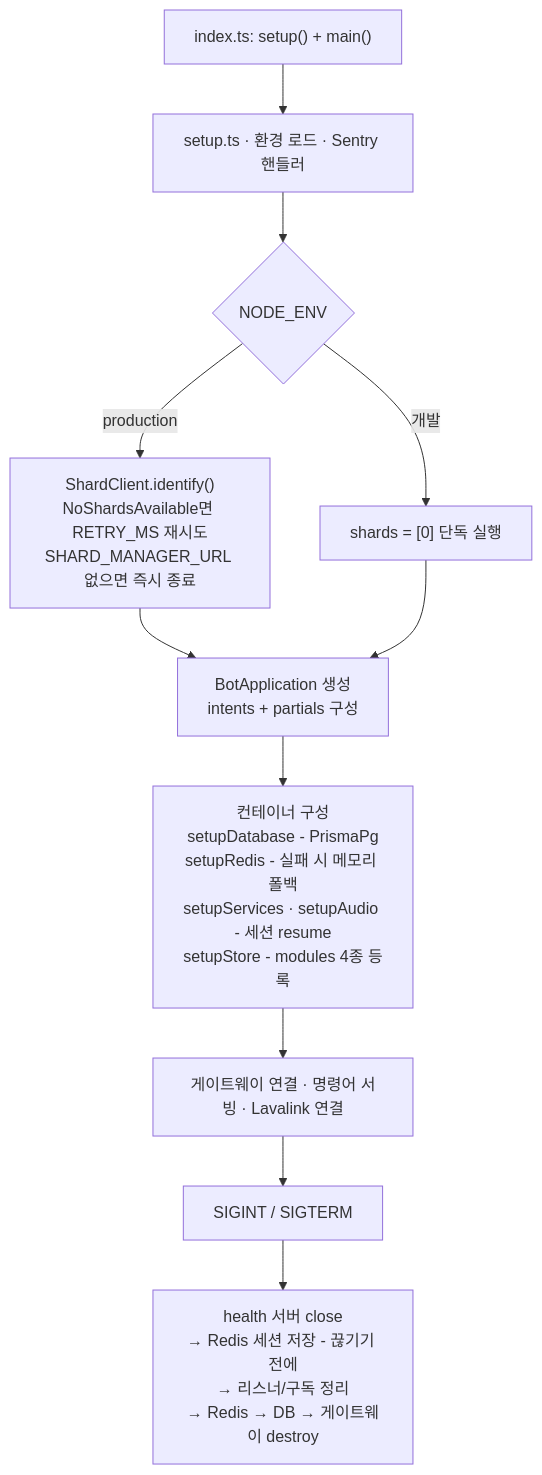
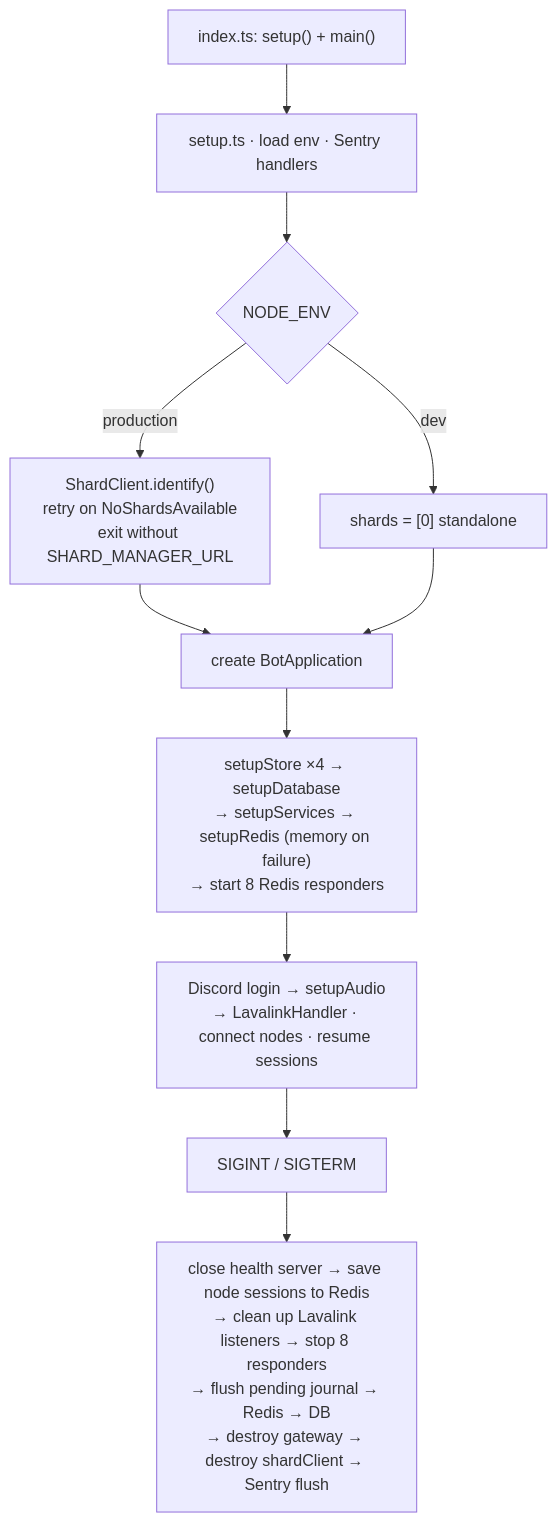
One commit to mochilabs/SiruBOT changed the tenth of 10 diagrams in docs/architecture.md. Above: the diagram before and after it, drawn with Mermaid. The commit also changed other lines of this file and 63 other files, not shown here.

````diff
--- a/docs/architecture.md
+++ b/docs/architecture.md
@@ -404,13 +450,13 @@
 ```mermaid
 flowchart TD
-    A["index.ts: setup() + main()"] --> B["setup.ts · 환경 로드 · Sentry 핸들러"]
+    A["index.ts: setup() + main()"] --> B["setup.ts · load env · Sentry handlers"]
     B --> C{"NODE_ENV"}
-    C -->|production| D["ShardClient.identify()<br/>NoShardsAvailable면 RETRY_MS 재시도<br/>SHARD_MANAGER_URL 없으면 즉시 종료"]
-    C -->|개발| E["shards = [0] 단독 실행"]
-    D --> F["BotApplication 생성<br/>intents + partials 구성"]
+    C -->|production| D["ShardClient.identify()<br/>retry on NoShardsAvailable<br/>exit without SHARD_MANAGER_URL"]
+    C -->|dev| E["shards = [0] standalone"]
+    D --> F["create BotApplication"]
     E --> F
-    F --> G["컨테이너 구성<br/>setupDatabase - PrismaPg<br/>setupRedis - 실패 시 메모리 폴백<br/>setupServices · setupAudio - 세션 resume<br/>setupStore - modules 4종 등록"]
-    G --> H["게이트웨이 연결 · 명령어 서빙 · Lavalink 연결"]
+    F --> G["setupStore ×4 → setupDatabase<br/>→ setupServices → setupRedis (memory on failure)<br/>→ start 8 Redis responders"]
+    G --> H["Discord login → setupAudio<br/>→ LavalinkHandler · connect nodes · resume sessions"]
     H --> I["SIGINT / SIGTERM"]
-    I --> N["health 서버 close<br/>→ Redis 세션 저장 - 끊기기 전에<br/>→ 리스너/구독 정리<br/>→ Redis → DB → 게이트웨이 destroy"]
+    I --> N["close health server → save node sessions to Redis<br/>→ clean up Lavalink listeners → stop 8 responders<br/>→ flush pending journal → Redis → DB<br/>→ destroy gateway → destroy shardClient → Sentry flush"]
 ```
````
